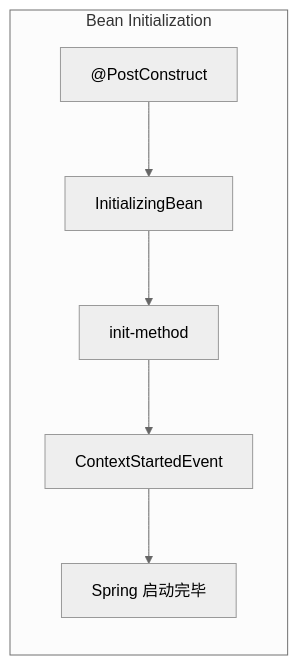
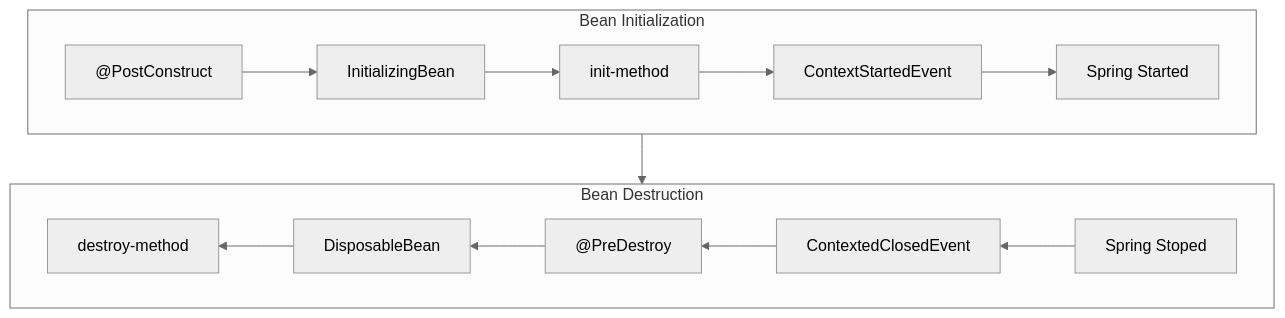
One commit to liushoukai/liushoukai.github.io changed the diagram in _posts/2020-04-04-spring-bean.md. Above: the diagram before and after it, drawn with Mermaid (neutral theme). The commit also changed other lines of this file and 2 other files, not shown here.

Commit message:
Update posts

```diff
--- a/_posts/2020-04-04-spring-bean.md
+++ b/_posts/2020-04-04-spring-bean.md
@@ -27,12 +27,26 @@
 <div class="mermaid">
 %%{init: {"flowchart": {"htmlLabels": false}} }%%
-flowchart LR
-    subgraph Bean Initialization
-    markdown1 --> markdown2 --> markdown3 --> markdown4 --> markdown5
-    markdown1["`@PostConstruct`"]
-    markdown2["`InitializingBean`"]
-    markdown3["`init-method`"]
-    markdown4["`ContextStartedEvent`"]
-    markdown5["`Spring 启动完毕`"]
-    end
+flowchart TD
+
+subgraph A["Bean Initialization"]
+direction LR
+markdown1 --> markdown2 --> markdown3 --> markdown4 --> markdown5
+markdown1["`@PostConstruct`"]
+markdown2["`InitializingBean`"]
+markdown3["`init-method`"]
+markdown4["`ContextStartedEvent`"]
+markdown5["`Spring Started`"]
+end
+
+subgraph B["Bean Destruction"]
+direction RL
+markdown6 --> markdown7 --> markdown8 --> markdown9 --> markdown10
+markdown6["`Spring Stoped`"]
+markdown7["`ContextedClosedEvent`"]
+markdown8["`@PreDestroy`"]
+markdown9["`DisposableBean`"]
+markdown10["`destroy-method`"]
+end
+ 
+A --> B
 </div>
```
